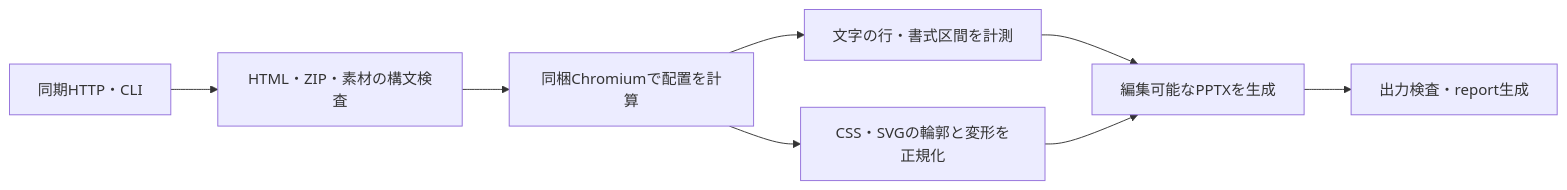
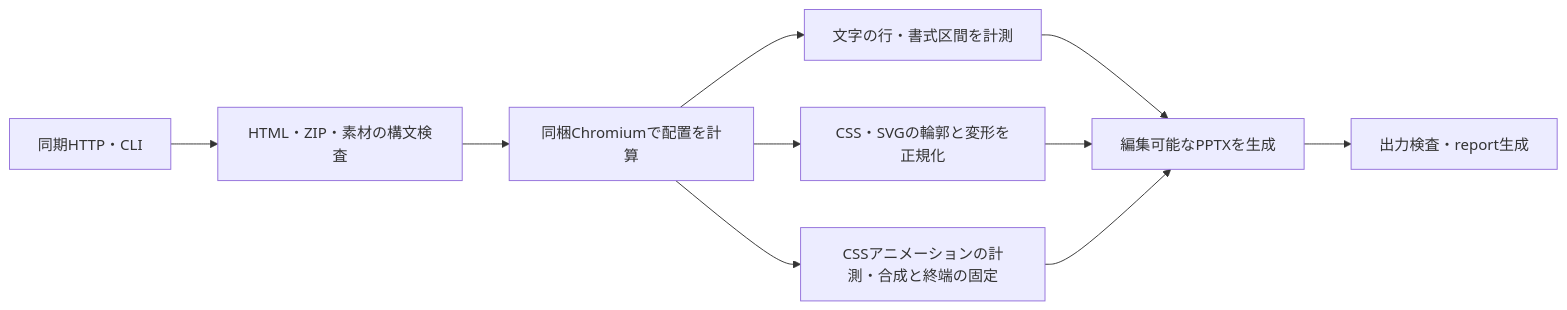
One commit to sunu-py-jp/convertX2X changed the diagram in docs/designs/html2pptx.md. Above: the diagram before and after it, drawn with Mermaid. The commit also changed other lines of this file and 81 other files, not shown here.

````diff
--- a/docs/designs/html2pptx.md
+++ b/docs/designs/html2pptx.md
@@ -25,10 +26,12 @@
 ```mermaid
 flowchart LR
     H[同期HTTP・CLI] --> V[HTML・ZIP・素材の構文検査]
     V --> B[同梱Chromiumで配置を計算]
     B --> T[文字の行・書式区間を計測]
     B --> G[CSS・SVGの輪郭と変形を正規化]
+    B --> A[CSSアニメーションの計測・合成と終端の固定]
     T --> P[編集可能なPPTXを生成]
     G --> P
+    A --> P
     P --> R[出力検査・report生成]
 ```
````
